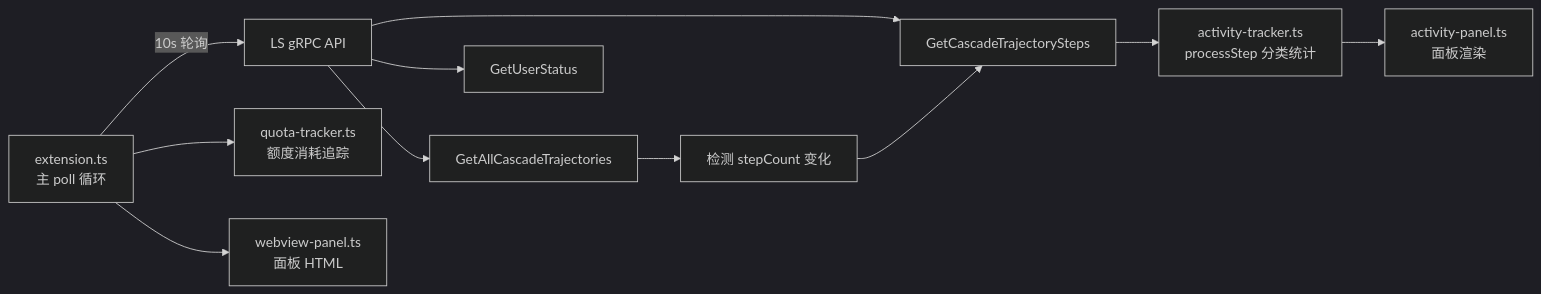
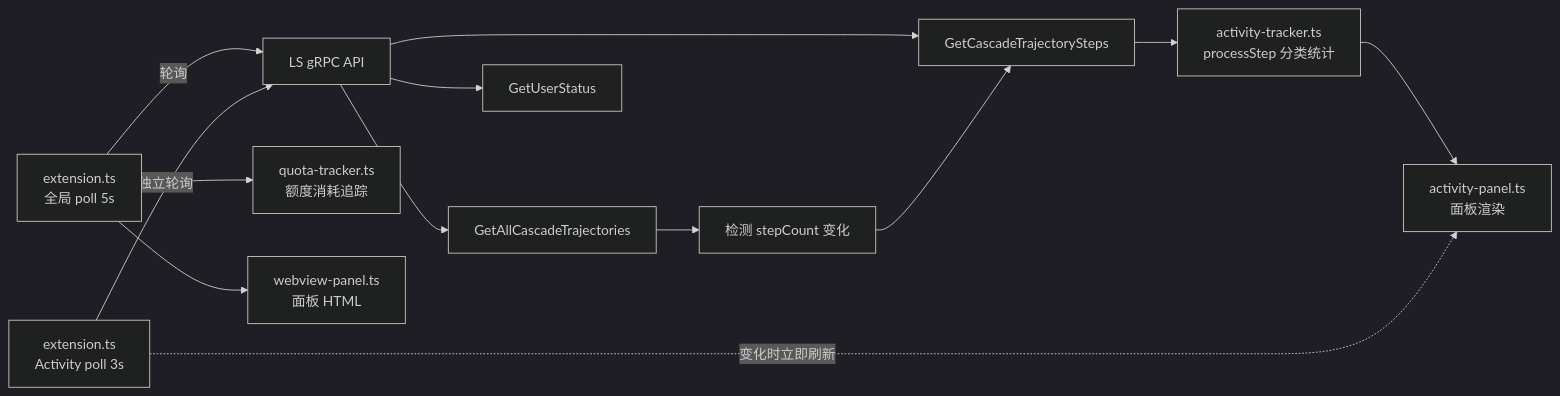
Before and after one commit to AGI-is-going-to-arrive/Antigravity-Context-Window-Monitor: the diagram in docs/ls-monitor-technical-notes.md, drawn with Mermaid (dark theme). The commit also changed other lines of this file and 6 other files, not shown here.

````diff
--- a/docs/ls-monitor-technical-notes.md
+++ b/docs/ls-monitor-technical-notes.md
@@ -14,13 +14,15 @@
 ```mermaid
 graph LR
-    A[extension.ts<br/>主 poll 循环] -->|10s 轮询| B[LS gRPC API]
+    A[extension.ts<br/>全局 poll 5s] -->|轮询| B[LS gRPC API]
+    P[extension.ts<br/>Activity poll 3s] -->|独立轮询| B
     B --> C[GetAllCascadeTrajectories]
     B --> D[GetCascadeTrajectorySteps]
     B --> E[GetUserStatus]
     C --> F[检测 stepCount 变化]
     F --> D
     D --> G[activity-tracker.ts<br/>processStep 分类统计]
     G --> H[activity-panel.ts<br/>面板渲染]
     A --> I[quota-tracker.ts<br/>额度消耗追踪]
     A --> J[webview-panel.ts<br/>面板 HTML]
+    P -.->|变化时立即刷新| H
 ```
````
